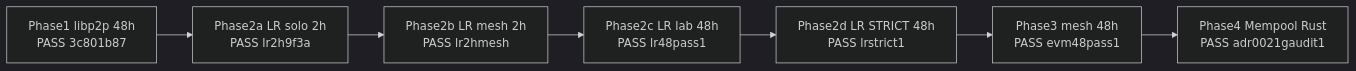
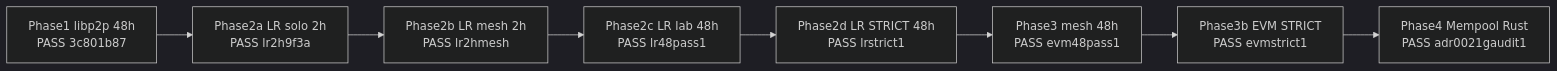
One commit to Gruver87/dup-protocol-experimental changed the diagram in README.md. Above: the diagram before and after it, drawn with Mermaid (dark theme). The commit also changed other lines of this file and 18 other files, not shown here.

First line of the commit message:
docs(evidence): package EVM STRICT 48h PASS as evmstrict1

````diff
--- a/README.md
+++ b/README.md
@@ -105,11 +106,12 @@
 ```mermaid
 flowchart LR
   P1["Phase1 libp2p 48h\nPASS 3c801b87"]
   P2a["Phase2a LR solo 2h\nPASS lr2h9f3a"]
   P2b["Phase2b LR mesh 2h\nPASS lr2hmesh"]
   P2c["Phase2c LR lab 48h\nPASS lr48pass1"]
   P2d["Phase2d LR STRICT 48h\nPASS lrstrict1"]
   P3["Phase3 mesh 48h\nPASS evm48pass1"]
+  P3b["Phase3b EVM STRICT\nPASS evmstrict1"]
   P4["Phase4 Mempool Rust\nPASS adr0021gaudit1"]
-  P1 --> P2a --> P2b --> P2c --> P2d --> P3 --> P4
+  P1 --> P2a --> P2b --> P2c --> P2d --> P3 --> P3b --> P4
 ```
````
